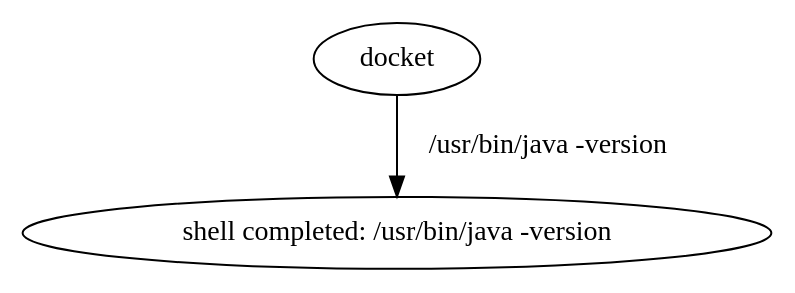
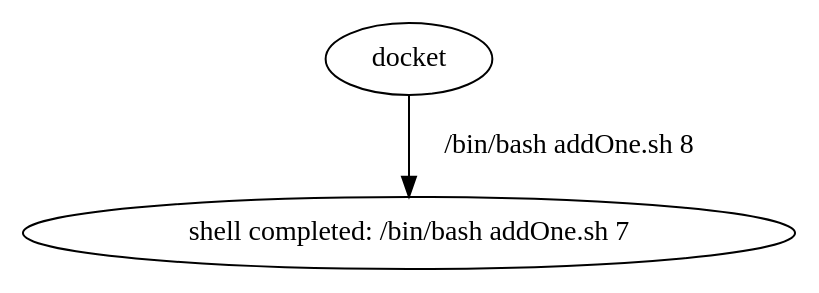
One commit to radixCSgeek/soop changed the diagram in Soop/Soop/web/workflow.dot. Above: the diagram before and after it, drawn with Graphviz. The commit also changed 4 other files, not shown here.

```diff
--- a/Soop/Soop/web/workflow.dot
+++ b/Soop/Soop/web/workflow.dot
@@ -1,5 +1,5 @@
 digraph G {
   1 [label = "docket"];
-  2 [label = "shell completed: /usr/bin/java -version"];
-  1 -> 2 [label = "/usr/bin/java -version"];
+  2 [label = "shell completed: /bin/bash addOne.sh 7"];
+  1 -> 2 [label = "/bin/bash addOne.sh 8"];
 }
```
